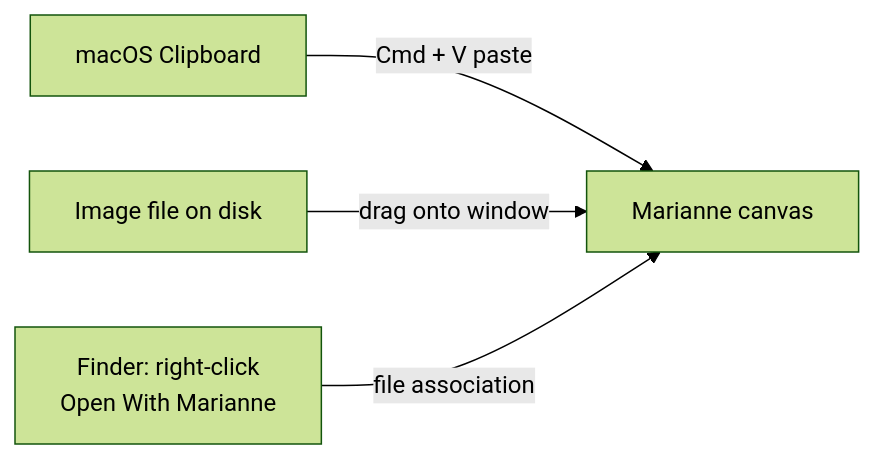
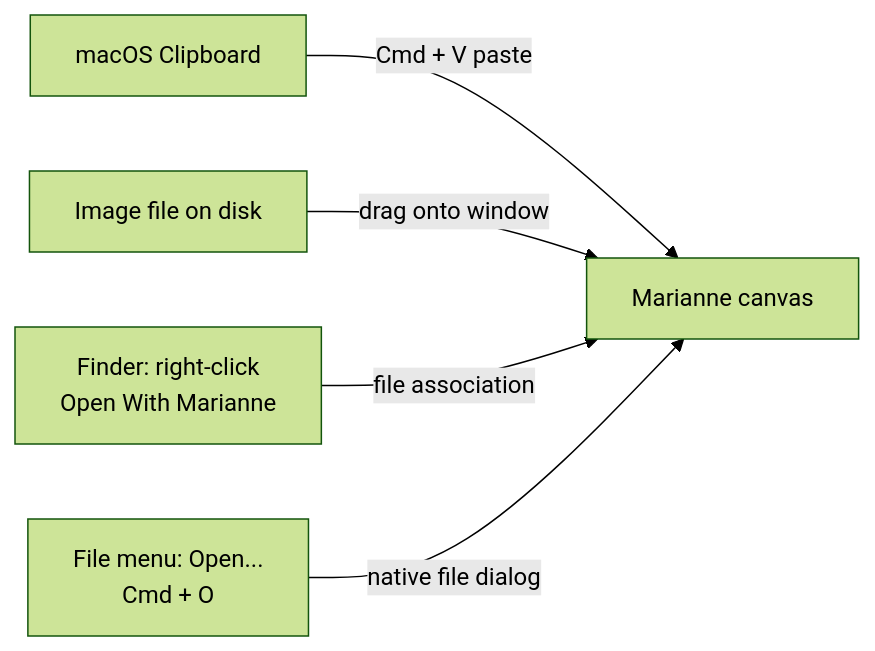
Before and after one commit to takecy/marianne: the diagram in site/src/content/docs/image-input.mdx, drawn with Mermaid (forest theme). The commit also changed other lines of this file and 62 other files, not shown here.

````diff
--- a/site/src/content/docs/image-input.mdx
+++ b/site/src/content/docs/image-input.mdx
@@ -12,6 +12,7 @@
 ```mermaid
 flowchart LR
   C[macOS Clipboard] -->|Cmd + V paste| M[Marianne canvas]
   F[Image file on disk] -->|drag onto window| M
   R[Finder: right-click <br/> Open With Marianne] -->|file association| M
+  O[File menu: Open... <br/> Cmd + O] -->|native file dialog| M
 ```
````
